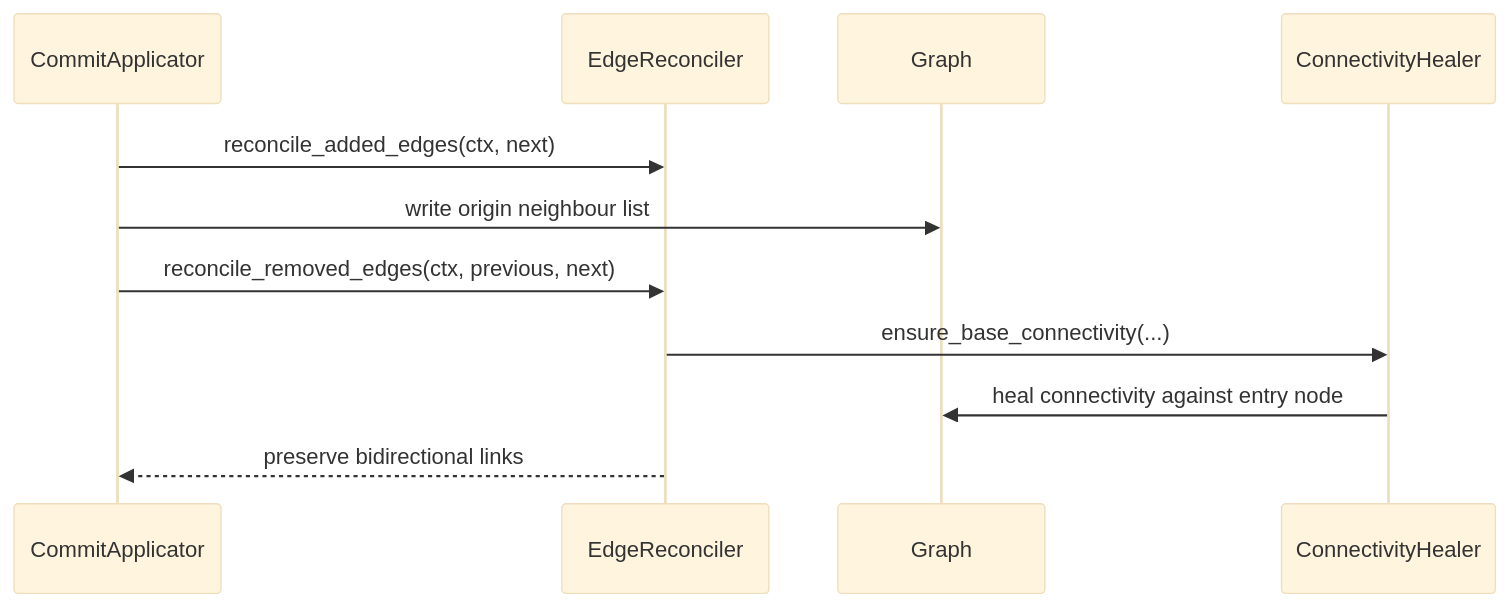
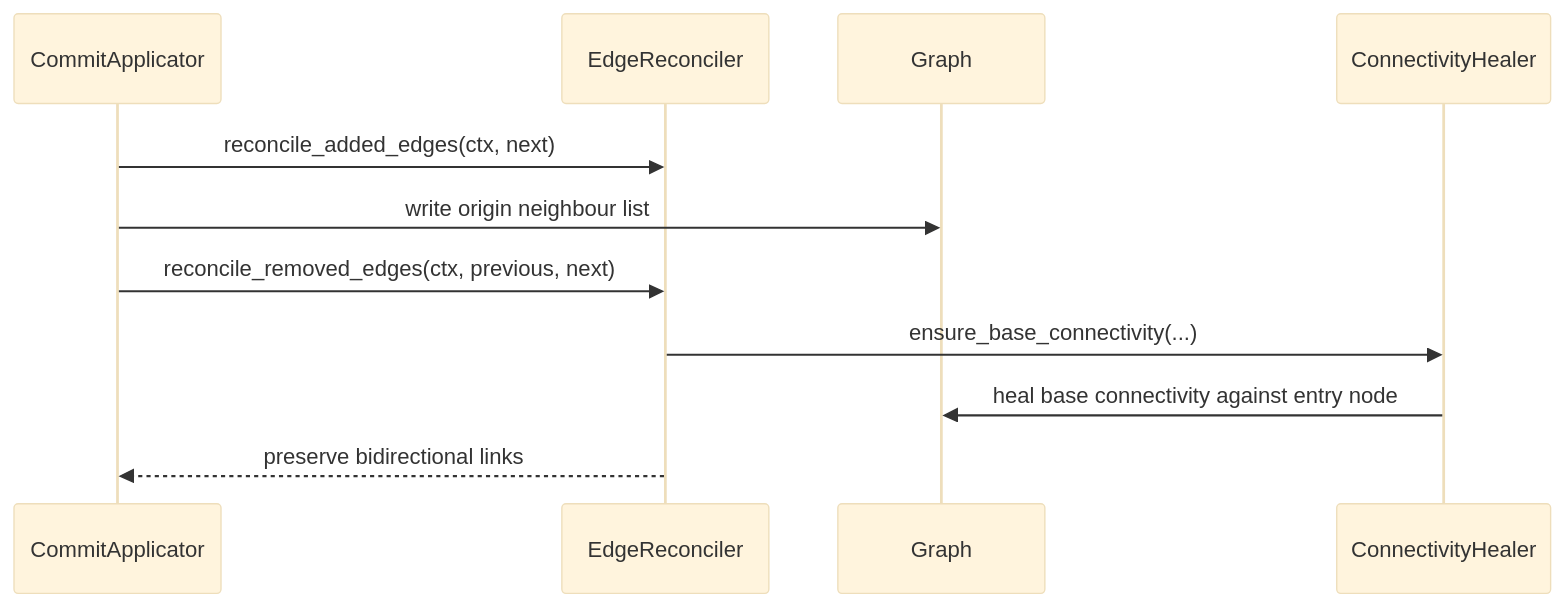
Before and after one commit to leynos/chutoro: the third of 5 diagrams in docs/chutoro-design.md, drawn with Mermaid (base theme). The commit also changed other lines of this file and 5 other files, not shown here.

````diff
--- a/docs/chutoro-design.md
+++ b/docs/chutoro-design.md
@@ -1684,14 +1781,14 @@
 ```mermaid
 sequenceDiagram
     participant CommitApplicator
     participant EdgeReconciler
     participant Graph
     participant ConnectivityHealer
 
     CommitApplicator->>EdgeReconciler: reconcile_added_edges(ctx, next)
     CommitApplicator->>Graph: write origin neighbour list
     CommitApplicator->>EdgeReconciler: reconcile_removed_edges(ctx, previous, next)
     EdgeReconciler->>ConnectivityHealer: ensure_base_connectivity(...)
-    ConnectivityHealer->>Graph: heal connectivity against entry node
+    ConnectivityHealer->>Graph: heal base connectivity against entry node
     EdgeReconciler-->>CommitApplicator: preserve bidirectional links
 ```
````
